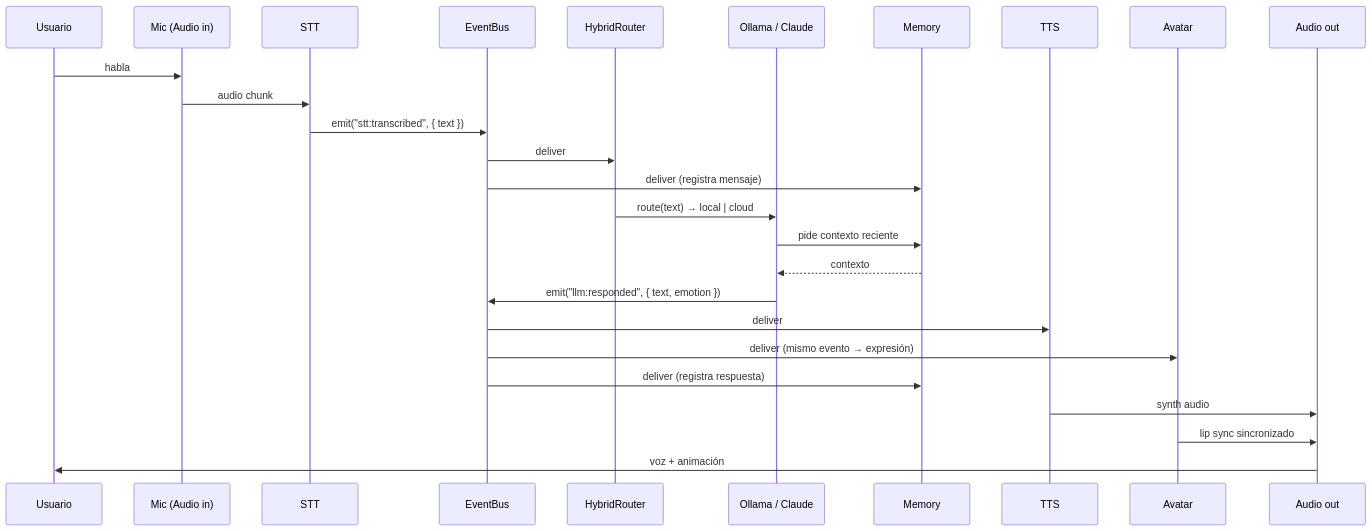
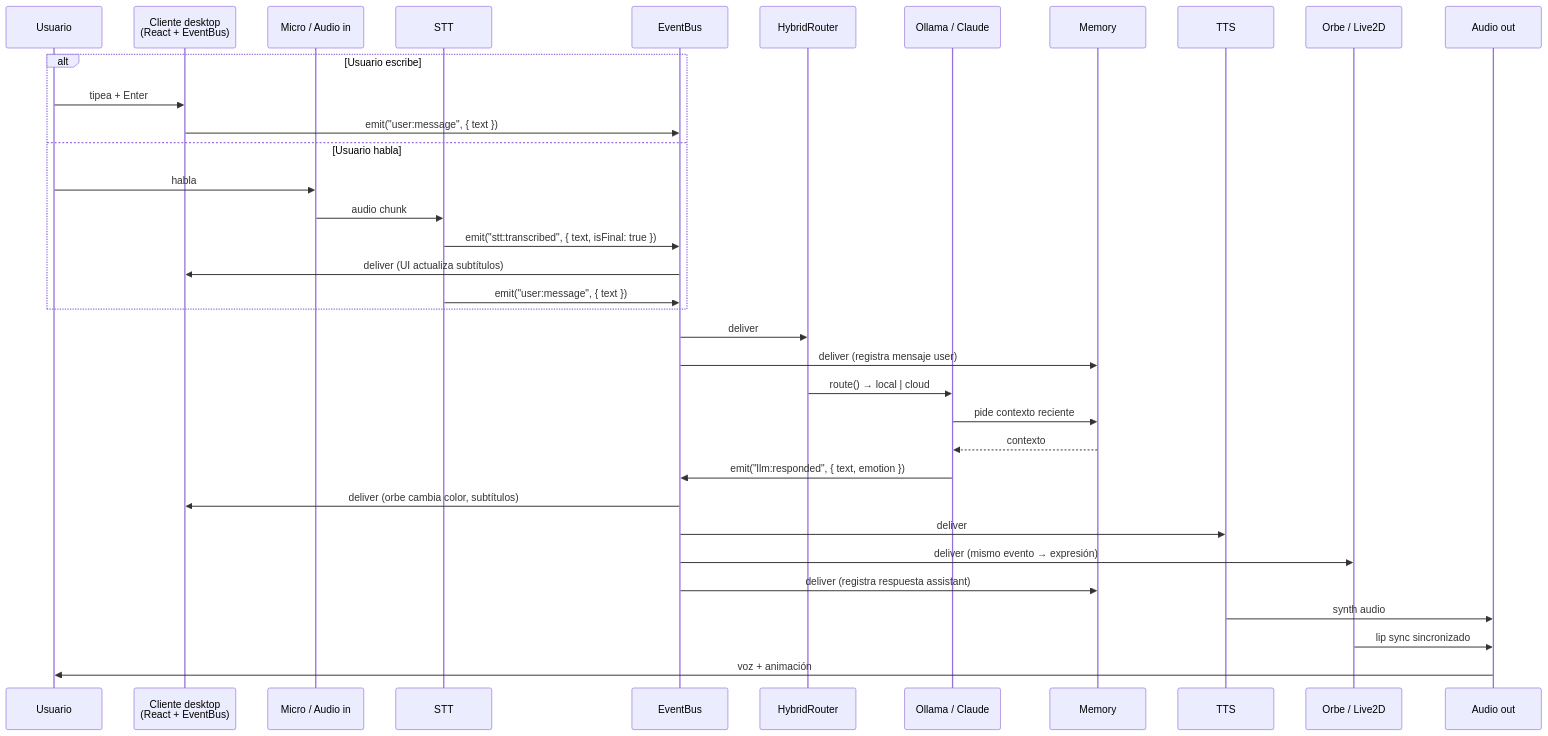
One commit to Pipelol0723/proyecto-shiro changed the third of 4 diagrams in docs/architecture.md. Above: the diagram before and after it, drawn with Mermaid. The commit also changed other lines of this file and 3 other files, not shown here.

````diff
--- a/docs/architecture.md
+++ b/docs/architecture.md
@@ -122,32 +202,42 @@
 ```mermaid
 sequenceDiagram
     participant User as Usuario
-    participant Mic as Mic (Audio in)
+    participant Client as Cliente desktop<br>(React + EventBus)
+    participant Mic as Micro / Audio in
     participant STT
     participant Bus as EventBus
     participant Router as HybridRouter
     participant LLM as Ollama / Claude
     participant Mem as Memory
     participant TTS
-    participant Avatar
+    participant Avatar as Orbe / Live2D
     participant Speaker as Audio out
 
-    User->>Mic: habla
-    Mic->>STT: audio chunk
-    STT->>Bus: emit("stt:transcribed", { text })
+    alt Usuario escribe
+        User->>Client: tipea + Enter
+        Client->>Bus: emit("user:message", { text })
+    else Usuario habla
+        User->>Mic: habla
+        Mic->>STT: audio chunk
+        STT->>Bus: emit("stt:transcribed", { text, isFinal: true })
+        Bus->>Client: deliver (UI actualiza subtítulos)
+        STT->>Bus: emit("user:message", { text })
+    end
+
     Bus->>Router: deliver
-    Bus->>Mem: deliver (registra mensaje)
+    Bus->>Mem: deliver (registra mensaje user)
 
-    Router->>LLM: route(text) → local | cloud
+    Router->>LLM: route() → local | cloud
     LLM->>Mem: pide contexto reciente
     Mem-->>LLM: contexto
     LLM->>Bus: emit("llm:responded", { text, emotion })
 
+    Bus->>Client: deliver (orbe cambia color, subtítulos)
     Bus->>TTS: deliver
     Bus->>Avatar: deliver (mismo evento → expresión)
-    Bus->>Mem: deliver (registra respuesta)
+    Bus->>Mem: deliver (registra respuesta assistant)
 
     TTS->>Speaker: synth audio
     Avatar->>Speaker: lip sync sincronizado
     Speaker->>User: voz + animación
 ```
````
